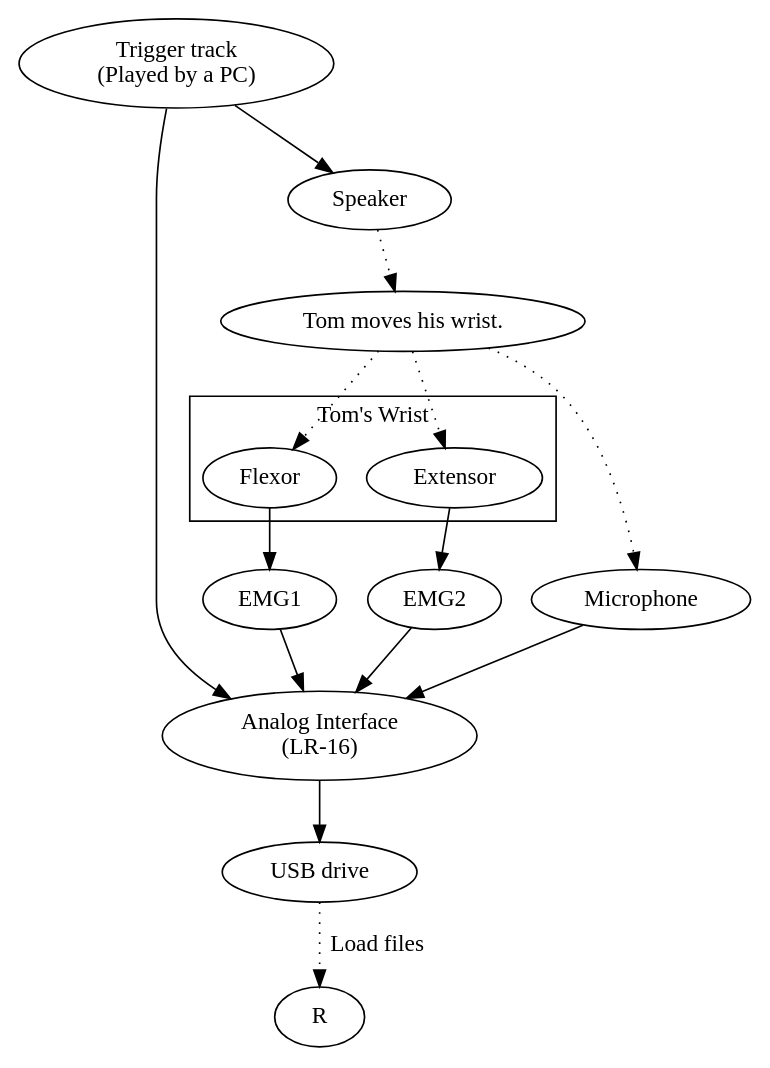
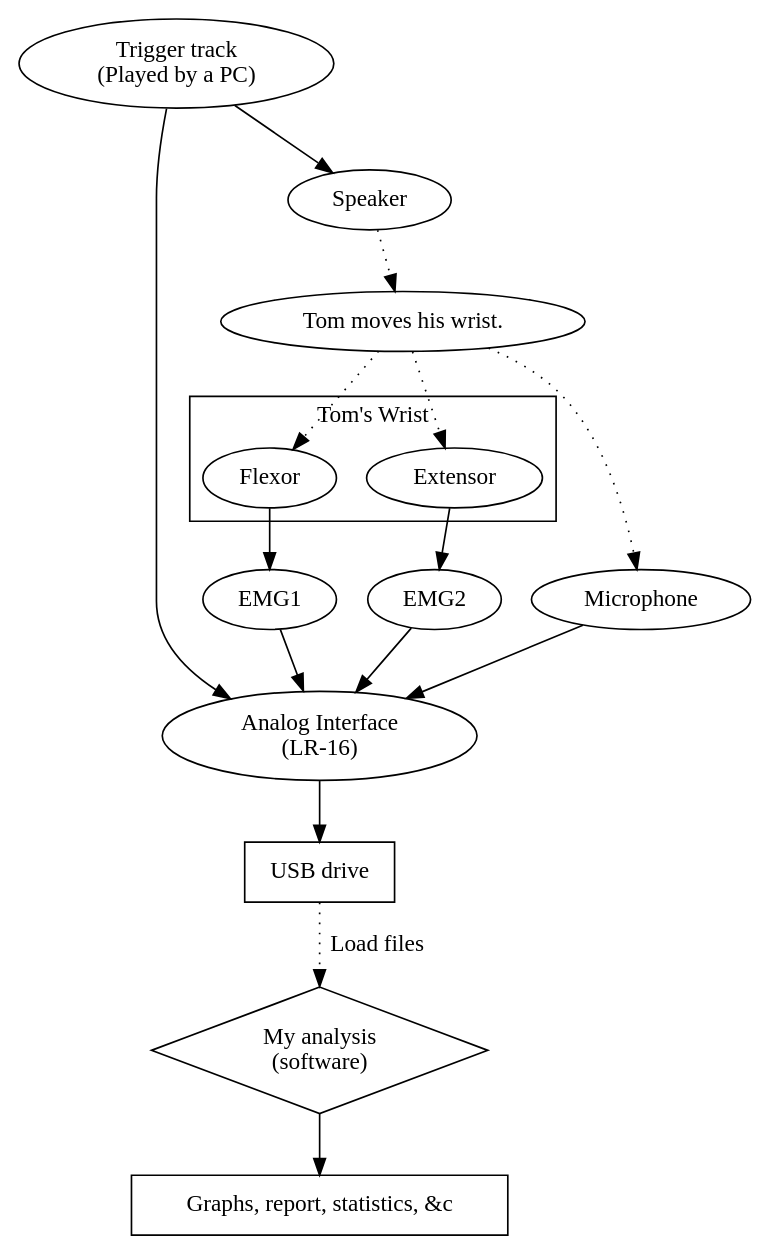
Before and after one commit to tlevine/emg: the diagram in connections.gv, drawn with Graphviz.

Commit message:
output and shapes in flowchart

```diff
--- a/connections.gv
+++ b/connections.gv
@@ -1,26 +1,31 @@
 digraph Connections {
   Trigger [label="Trigger track\n(Played by a PC)"];
   LR16 [label="Analog Interface\n(LR-16)"];
   USB [label="USB drive"];
+
+  Output [label="Graphs, report, statistics, &c"];
+  USB, Output [shape="rectangle"];
 
   subgraph cluster1 {
     label="Tom's Wrist";
     Flexor;
     Extensor;
   }
 
   Trigger -> Speaker;
   Trigger -> LR16;
   Microphone -> LR16;
   Flexor -> EMG1 -> LR16;
   Extensor -> EMG2 -> LR16;
   LR16 -> USB;
 
+  R [label="My analysis\n(software)" shape="diamond"];
   USB -> R [style="dotted" label="Load files"];
+  R -> Output;
 
   Tom [label="Tom moves his wrist."];
   Speaker -> Tom [style="dotted"];
   Tom -> Extensor [style="dotted"];
   Tom -> Flexor [style="dotted"];
   Tom -> Microphone [style="dotted"];
 }
```
